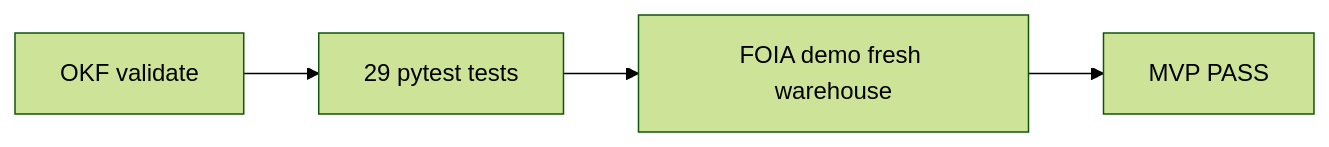
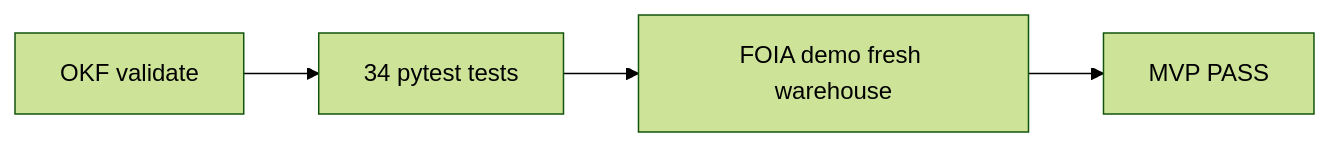
The second of 2 diagrams in docs/GETTING-STARTED.md (khaosans/operator-etl), drawn with Mermaid (forest theme) before and after one commit. The commit also changed 33 other files, not shown here.

````diff
--- a/docs/GETTING-STARTED.md
+++ b/docs/GETTING-STARTED.md
@@ -81,6 +81,6 @@
 ```mermaid
 flowchart LR
-  OKF[OKF validate] --> pytest[29 pytest tests]
+  OKF[OKF validate] --> pytest[34 pytest tests]
   pytest --> demo[FOIA demo fresh warehouse]
   demo --> pass[MVP PASS]
 ```
````
